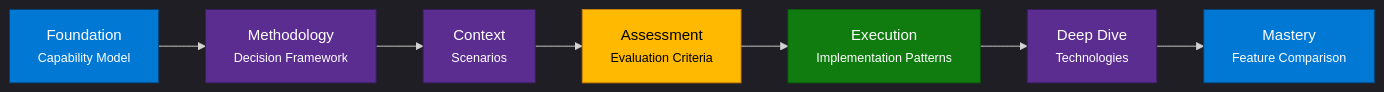
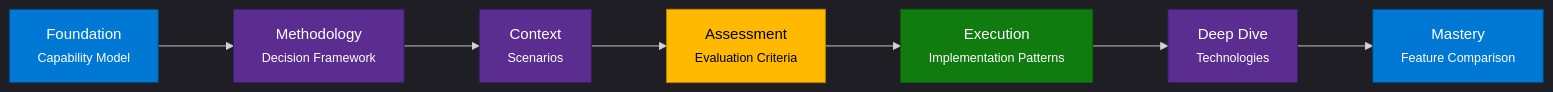
Before and after one commit to microsoft/Microsoft-AI-Decision-Framework: the first of 2 diagrams in README.md, drawn with Mermaid. The commit also changed other lines of this file, not shown here.

````diff
--- a/README.md
+++ b/README.md
@@ -61,21 +61,21 @@
 ```mermaid
-%%{init: {'theme':'dark'}}%%
+%%{init: {'theme':'dark','flowchart': {'useMaxWidth': true, 'nodeSpacing': 140, 'rankSpacing': 80, 'diagramPadding': 12}}}%%
 flowchart LR
         F[Foundation<br/><small>Capability Model</small>] --> M[Methodology<br/><small>Decision Framework</small>] --> C[Context<br/><small>Scenarios</small>] --> A[Assessment<br/><small>Evaluation Criteria</small>] --> E[Execution<br/><small>Implementation Patterns</small>] --> D[Deep Dive<br/><small>Technologies</small>] --> MS[Mastery<br/><small>Feature Comparison</small>]
 
         click F "{{ site.baseurl }}/docs/capability-model" "Open Capability Model" _self
         click M "{{ site.baseurl }}/docs/decision-framework" "Open Decision Framework" _self
         click C "{{ site.baseurl }}/docs/scenarios" "Open Scenarios" _self
         click A "{{ site.baseurl }}/docs/evaluation-criteria" "Open Evaluation Criteria" _self
         click E "{{ site.baseurl }}/docs/implementation-patterns" "Open Implementation Patterns" _self
         click D "{{ site.baseurl }}/docs/technologies" "Open Technologies" _self
         click MS "{{ site.baseurl }}/docs/feature-comparison" "Open Feature Comparison" _self
 
         style F fill:#0078D4,stroke:#004578,color:#fff
         style M fill:#5C2D91,stroke:#3B1D61,color:#fff
         style C fill:#5C2D91,stroke:#3B1D61,color:#fff
         style A fill:#FFB900,stroke:#C47F00,color:#000
         style E fill:#107C10,stroke:#0B5E0B,color:#fff
         style D fill:#5C2D91,stroke:#3B1D61,color:#fff
         style MS fill:#0078D4,stroke:#004578,color:#fff
 ```
````
